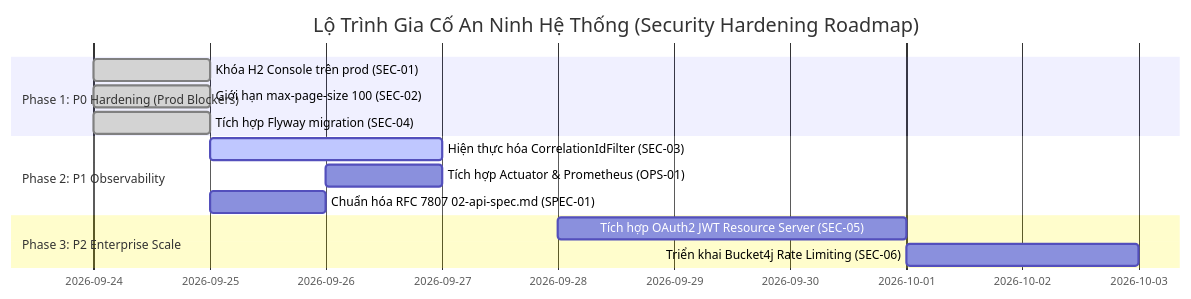
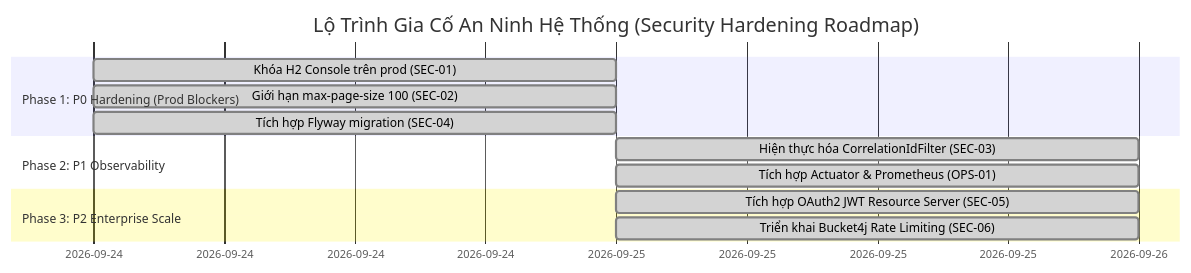
Before and after one commit to duongbaphuc/ai-native-oms-api: the third of 3 diagrams in docs/09-SECURITY_HANDOVER_REPORT.md, drawn with Mermaid. The commit also changed other lines of this file and 7 other files, not shown here.

````diff
--- a/docs/09-SECURITY_HANDOVER_REPORT.md
+++ b/docs/09-SECURITY_HANDOVER_REPORT.md
@@ -247,16 +232,15 @@
 ```mermaid
 gantt
     title Lộ Trình Gia Cố An Ninh Hệ Thống (Security Hardening Roadmap)
     dateFormat  YYYY-MM-DD
     section Phase 1: P0 Hardening (Prod Blockers)
     Khóa H2 Console trên prod (SEC-01)          :done, p0_1, 2026-09-24, 1d
     Giới hạn max-page-size 100 (SEC-02)        :done, p0_2, 2026-09-24, 1d
     Tích hợp Flyway migration (SEC-04)         :done, p0_3, 2026-09-24, 1d
     section Phase 2: P1 Observability
-    Hiện thực hóa CorrelationIdFilter (SEC-03)  :active, p1_1, 2026-09-25, 2d
-    Tích hợp Actuator & Prometheus (OPS-01)     :p1_2, 2026-09-26, 1d
-    Chuẩn hóa RFC 7807 02-api-spec.md (SPEC-01)    :p1_3, 2026-09-25, 1d
+    Hiện thực hóa CorrelationIdFilter (SEC-03)  :done, p1_1, 2026-09-25, 1d
+    Tích hợp Actuator & Prometheus (OPS-01)     :done, p1_2, 2026-09-25, 1d
     section Phase 3: P2 Enterprise Scale
-    Tích hợp OAuth2 JWT Resource Server (SEC-05):p2_1, 2026-09-28, 3d
-    Triển khai Bucket4j Rate Limiting (SEC-06)  :p2_2, 2026-10-01, 2d
+    Tích hợp OAuth2 JWT Resource Server (SEC-05):done, p2_1, 2026-09-25, 1d
+    Triển khai Bucket4j Rate Limiting (SEC-06)  :done, p2_2, 2026-09-25, 1d
 ```
````
